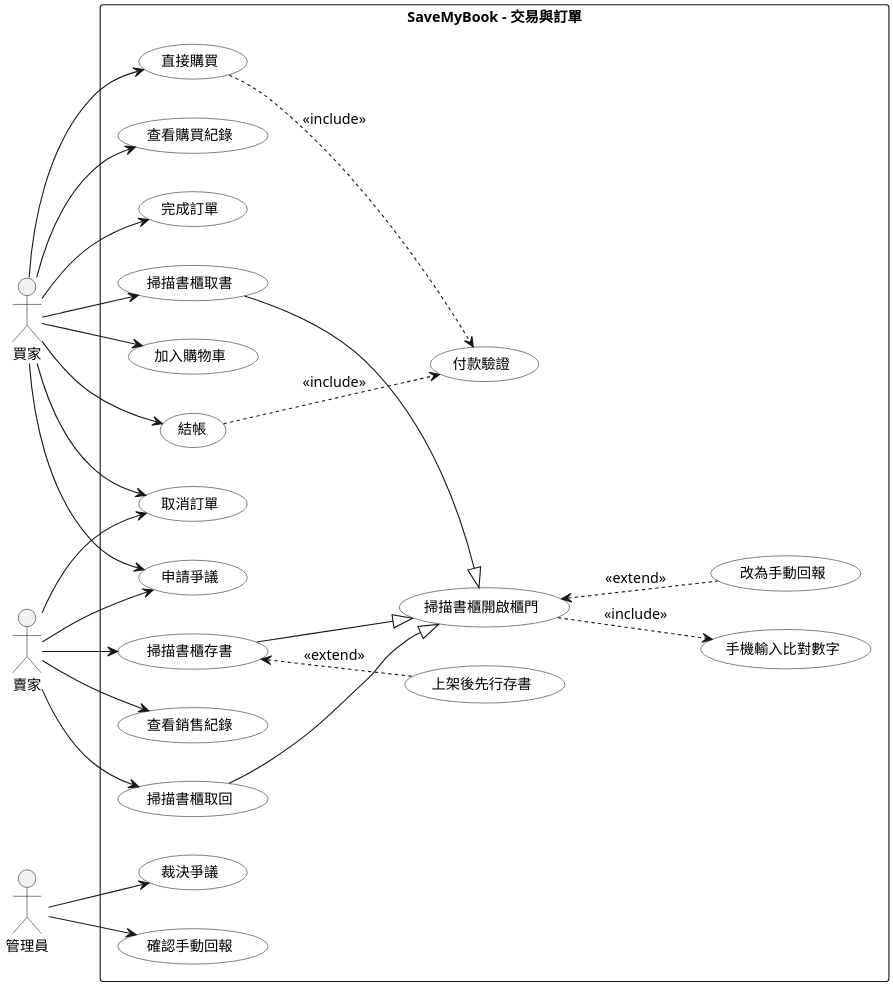
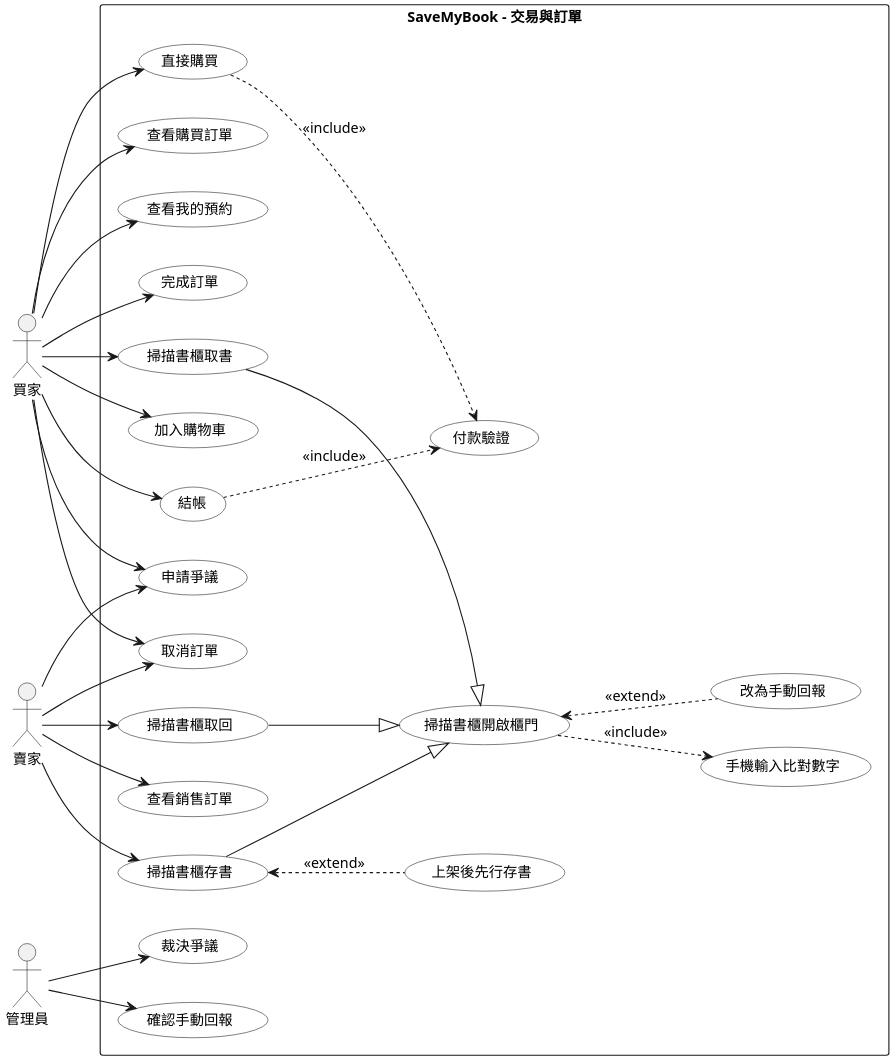
One commit to SaveMyBook/SaveMyBook changed the diagram in Diagrams/Use Case/v3/uc_orders.puml. Above: the diagram before and after it, drawn with PlantUML. The commit also changed 236 other files, not shown here.

```diff
--- a/Diagrams/Use Case/v3/uc_orders.puml
+++ b/Diagrams/Use Case/v3/uc_orders.puml
@@ -1,60 +1,62 @@
 @startuml
 skinparam monochrome true
 skinparam shadowing false
 skinparam dpi 220
 skinparam defaultFontName "PingFang TC"
 skinparam defaultFontSize 13
 skinparam usecase {
   BackgroundColor white
 }
 left to right direction
 
 actor 買家
 actor 賣家
 actor 管理員
 
 rectangle "SaveMyBook - 交易與訂單" {
   usecase "加入購物車" as cart
   usecase "結帳" as checkout
   usecase "直接購買" as buynow
   usecase "付款驗證" as verify
-  usecase "查看購買紀錄" as history
+  usecase "查看購買訂單" as history
+  usecase "查看我的預約" as myres
   usecase "完成訂單" as complete
   usecase "申請爭議" as dispute
   usecase "取消訂單" as cancel
-  usecase "查看銷售紀錄" as sales
+  usecase "查看銷售訂單" as sales
   usecase "掃描書櫃取書" as pickup
   usecase "掃描書櫃存書" as deposit
   usecase "上架後先行存書" as predeposit
   usecase "掃描書櫃取回" as retrieve
   usecase "掃描書櫃開啟櫃門" as open
   usecase "手機輸入比對數字" as match
   usecase "改為手動回報" as manual
   usecase "裁決爭議" as arbitrate
   usecase "確認手動回報" as confirm
 }
 
 買家 --> cart
 買家 --> checkout
 買家 --> buynow
 買家 --> history
+買家 --> myres
 買家 --> complete
 買家 --> dispute
 買家 --> cancel
 買家 --> pickup
 checkout ..> verify : <<include>>
 buynow ..> verify : <<include>>
 賣家 --> cancel
 賣家 --> dispute
 賣家 --> sales
 賣家 --> retrieve
 賣家 --> deposit
 deposit <.. predeposit : <<extend>>
 pickup --|> open
 deposit --|> open
 retrieve --|> open
 open ..> match : <<include>>
 open <.. manual : <<extend>>
 管理員 --> arbitrate
 管理員 --> confirm
 @enduml
```
